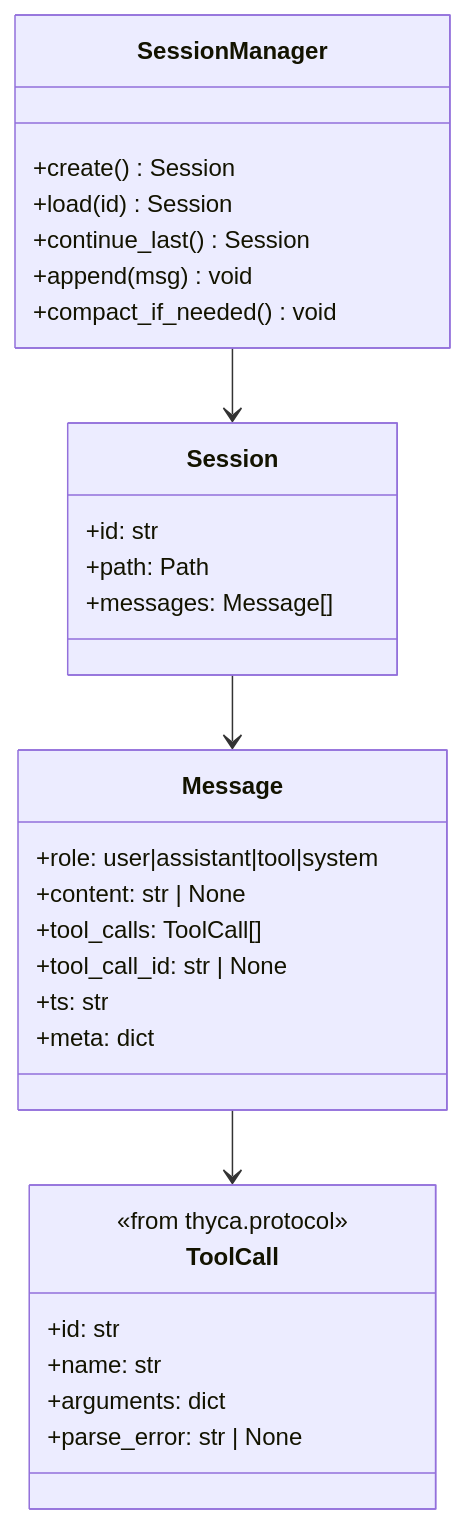
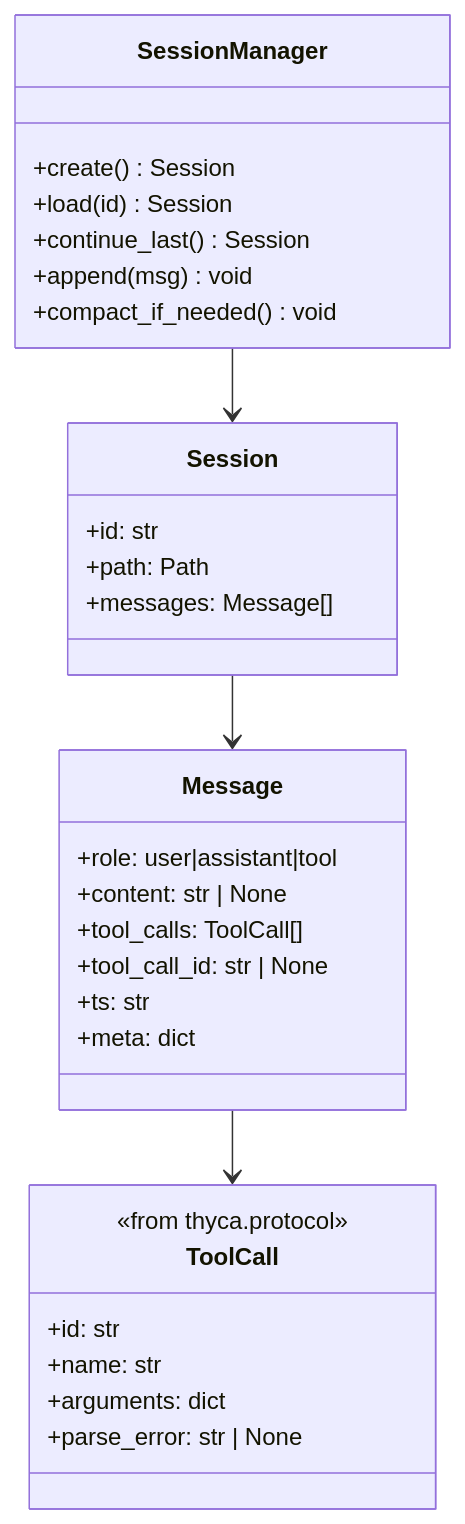
The diagram in .agents/plans/services/session.md (Flowerf19/thyca-ai), drawn with Mermaid before and after one commit. The commit also changed other lines of this file and 3 other files, not shown here.

````diff
--- a/.agents/plans/services/session.md
+++ b/.agents/plans/services/session.md
@@ -17,33 +17,33 @@
 ```mermaid
 classDiagram
     class SessionManager {
         +create() Session
         +load(id) Session
         +continue_last() Session
         +append(msg) void
         +compact_if_needed() void
     }
     class Session {
         +id: str
         +path: Path
         +messages: Message[]
     }
     class Message {
-        +role: user|assistant|tool|system
+        +role: user|assistant|tool
         +content: str | None
         +tool_calls: ToolCall[]
         +tool_call_id: str | None
         +ts: str
         +meta: dict
     }
     class ToolCall {
         <<from thyca.protocol>>
         +id: str
         +name: str
         +arguments: dict
         +parse_error: str | None
     }
     SessionManager --> Session
     Session --> Message
     Message --> ToolCall
 ```
````
